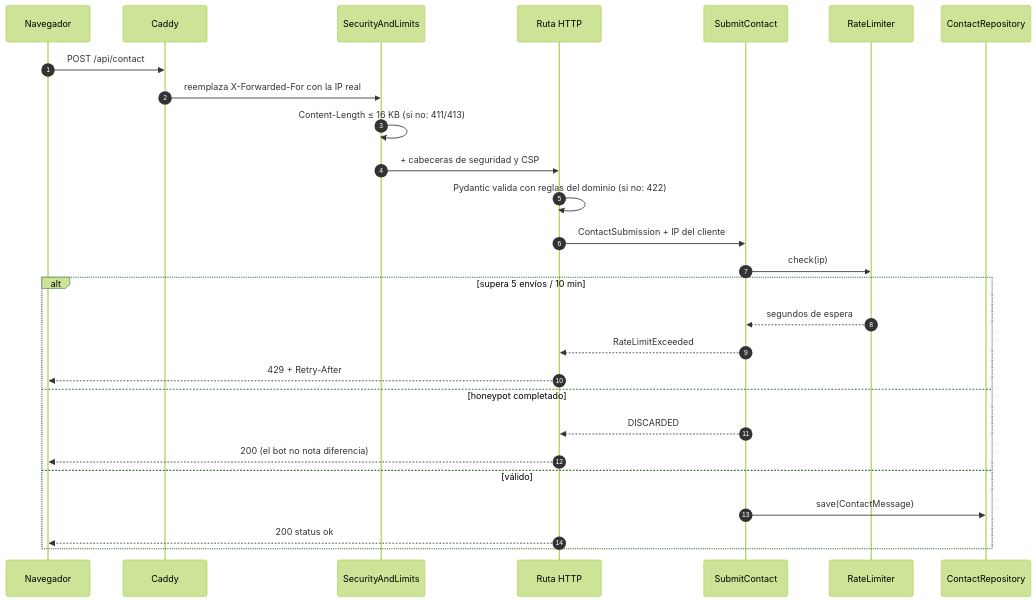
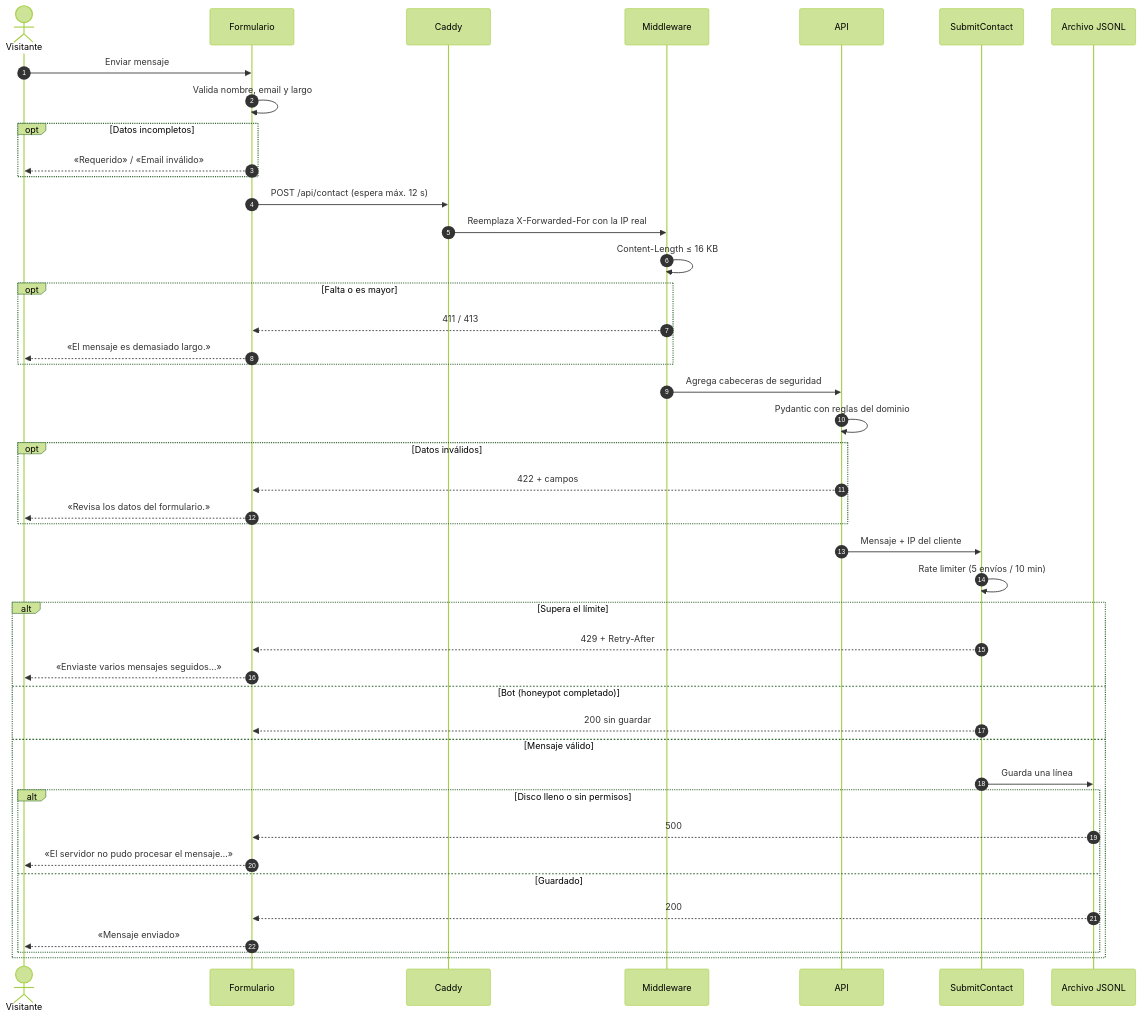
One commit to maximiliano-andres/new_porfolio changed the third of 5 diagrams in README.md. Above: the diagram before and after it, drawn with Mermaid (forest theme). The commit also changed other lines of this file and 7 other files, not shown here.

````diff
--- a/README.md
+++ b/README.md
@@ -114,30 +184,47 @@
 ```mermaid
 sequenceDiagram
     autonumber
-    participant B as Navegador
+    actor V as Visitante
+    participant F as Formulario
     participant C as Caddy
-    participant M as SecurityAndLimits
-    participant R as Ruta HTTP
+    participant M as Middleware
+    participant A as API
     participant UC as SubmitContact
-    participant RL as RateLimiter
-    participant DB as ContactRepository
+    participant R as Archivo JSONL
 
-    B->>C: POST /api/contact
-    C->>M: reemplaza X-Forwarded-For con la IP real
-    M->>M: Content-Length ≤ 16 KB (si no: 411/413)
-    M->>R: + cabeceras de seguridad y CSP
-    R->>R: Pydantic valida con reglas del dominio (si no: 422)
-    R->>UC: ContactSubmission + IP del cliente
-    UC->>RL: check(ip)
-    alt supera 5 envíos / 10 min
-        RL-->>UC: segundos de espera
-        UC-->>R: RateLimitExceeded
-        R-->>B: 429 + Retry-After
-    else honeypot completado
-        UC-->>R: DISCARDED
-        R-->>B: 200 (el bot no nota diferencia)
-    else válido
-        UC->>DB: save(ContactMessage)
-        R-->>B: 200 status ok
+    V->>F: Enviar mensaje
+    F->>F: Valida nombre, email y largo
+    opt Datos incompletos
+        F-->>V: «Requerido» / «Email inválido»
+    end
+    F->>C: POST /api/contact (espera máx. 12 s)
+    C->>M: Reemplaza X-Forwarded-For con la IP real
+    M->>M: Content-Length ≤ 16 KB
+    opt Falta o es mayor
+        M-->>F: 411 / 413
+        F-->>V: «El mensaje es demasiado largo.»
+    end
+    M->>A: Agrega cabeceras de seguridad
+    A->>A: Pydantic con reglas del dominio
+    opt Datos inválidos
+        A-->>F: 422 + campos
+        F-->>V: «Revisa los datos del formulario.»
+    end
+    A->>UC: Mensaje + IP del cliente
+    UC->>UC: Rate limiter (5 envíos / 10 min)
+    alt Supera el límite
+        UC-->>F: 429 + Retry-After
+        F-->>V: «Enviaste varios mensajes seguidos…»
+    else Bot (honeypot completado)
+        UC-->>F: 200 sin guardar
+    else Mensaje válido
+        UC->>R: Guarda una línea
+        alt Disco lleno o sin permisos
+            R-->>F: 500
+            F-->>V: «El servidor no pudo procesar el mensaje…»
+        else Guardado
+            R-->>F: 200
+            F-->>V: «Mensaje enviado»
+        end
     end
 ```
````
